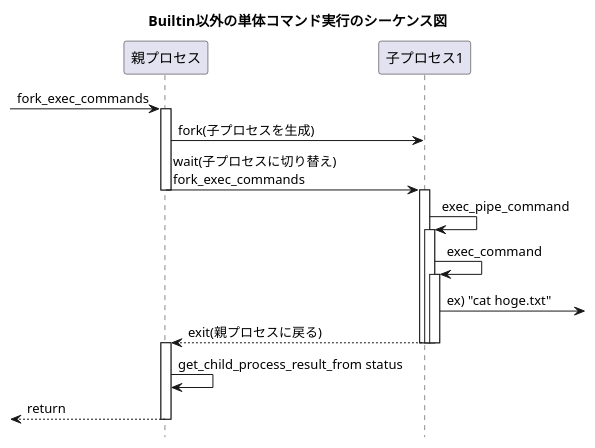
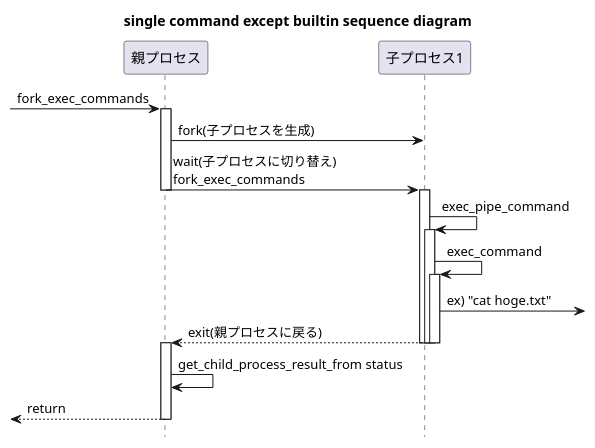
Before and after one commit to Toshiki-Nakamura/minishell: the diagram in design/sequence_not_buildin.puml, drawn with PlantUML. The commit also changed 3 other files, not shown here.

Commit message:
move diagrams

```diff
--- a/design/sequence_not_buildin.puml
+++ b/design/sequence_not_buildin.puml
@@ -3,28 +3,28 @@
 @startuml
-title Builtin以外の単体コマンド実行のシーケンス図
+title single command except builtin sequence diagram
 hide footbox
 
 participant "親プロセス" as Parent
 participant "子プロセス1" as Child1
 
 [-> Parent : fork_exec_commands
 activate Parent
 Parent -> Child1 : fork(子プロセスを生成)
 Parent -> Child1 : wait(子プロセスに切り替え)\nfork_exec_commands
 deactivate Parent
 activate Child1
 Child1 -> Child1 : exec_pipe_command
 activate Child1
 Child1 -> Child1 : exec_command
 activate Child1
 Child1->] : ex) "cat hoge.txt"
 Parent <-- Child1 : exit(親プロセスに戻る)
 deactivate Child1
 deactivate Child1
 deactivate Child1
 activate Parent
 Parent -> Parent : get_child_process_result_from status
 [<-- Parent : return
 deactivate Parent
 
 @enduml
```
